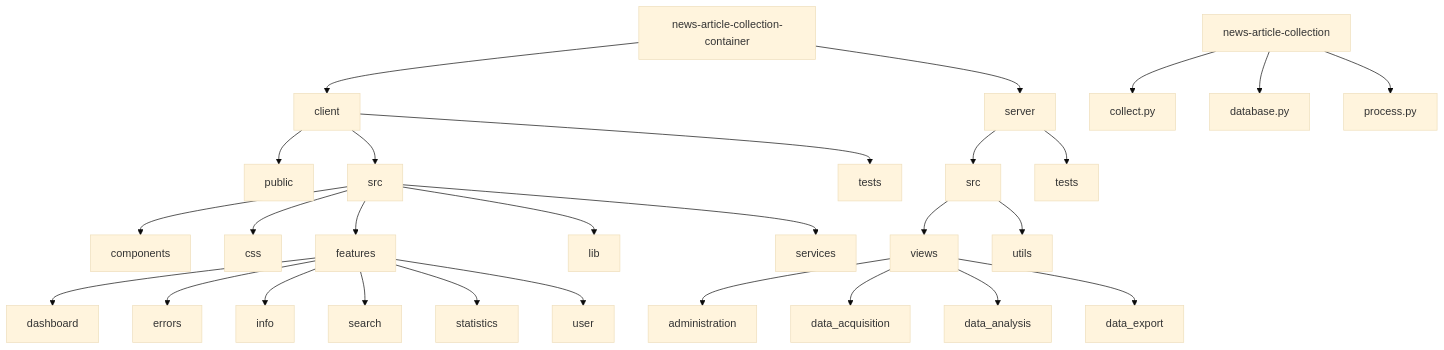
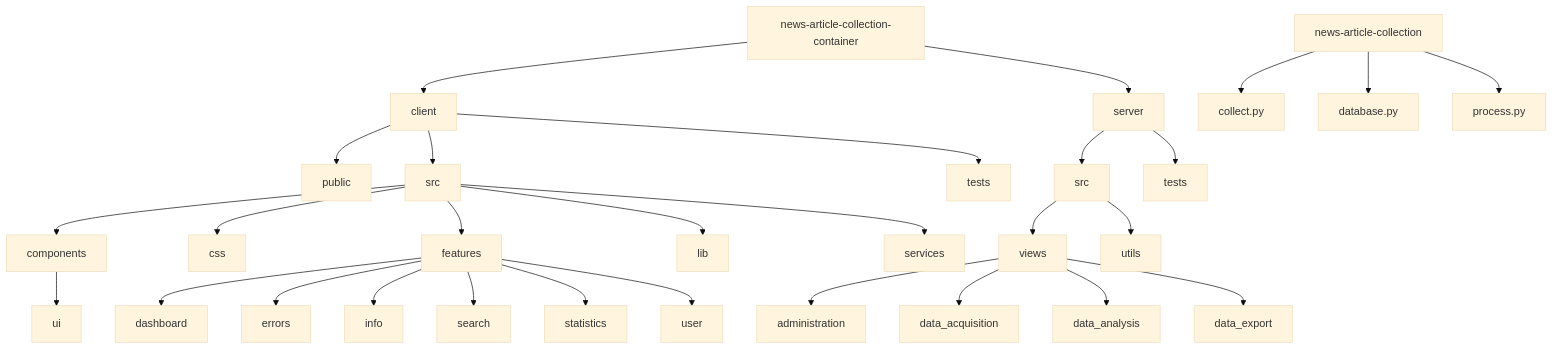
The diagram in docs/project-structure.md (uh-dcm/news-article-collection-container), drawn with Mermaid (base theme) before and after one commit. The commit also changed other lines of this file and 9 other files, not shown here.

````diff
--- a/docs/project-structure.md
+++ b/docs/project-structure.md
@@ -5,37 +5,39 @@
 ```mermaid
 graph TD
     A[news-article-collection-container] --> C[client]
     A --> F[server]
-    
+
     C --> C1[public]
     C --> C2[src]
     C --> C3[tests]
-    
+
+    C2A --> C2A1[ui]
+
     C2 --> C2A[components]
     C2 --> C2B[css]
     C2 --> C2C[features]
     C2 --> C2D[lib]
     C2 --> C2E[services]
-    
+
     C2C --> C2C1[dashboard]
     C2C --> C2C2[errors]
     C2C --> C2C3[info]
     C2C --> C2C4[search]
     C2C --> C2C5[statistics]
     C2C --> C2C6[user]
-    
+
     F --> F1[src]
     F --> F2[tests]
-    
+
     F1 --> F1A[views]
     F1 --> F1B[utils]
-    
+
     F1A --> F1A1[administration]
     F1A --> F1A2[data_acquisition]
     F1A --> F1A3[data_analysis]
     F1A --> F1A4[data_export]
-    
+
     G[news-article-collection] --> G1[collect.py]
     G --> G2[database.py]
     G --> G3[process.py]
 ```
````
